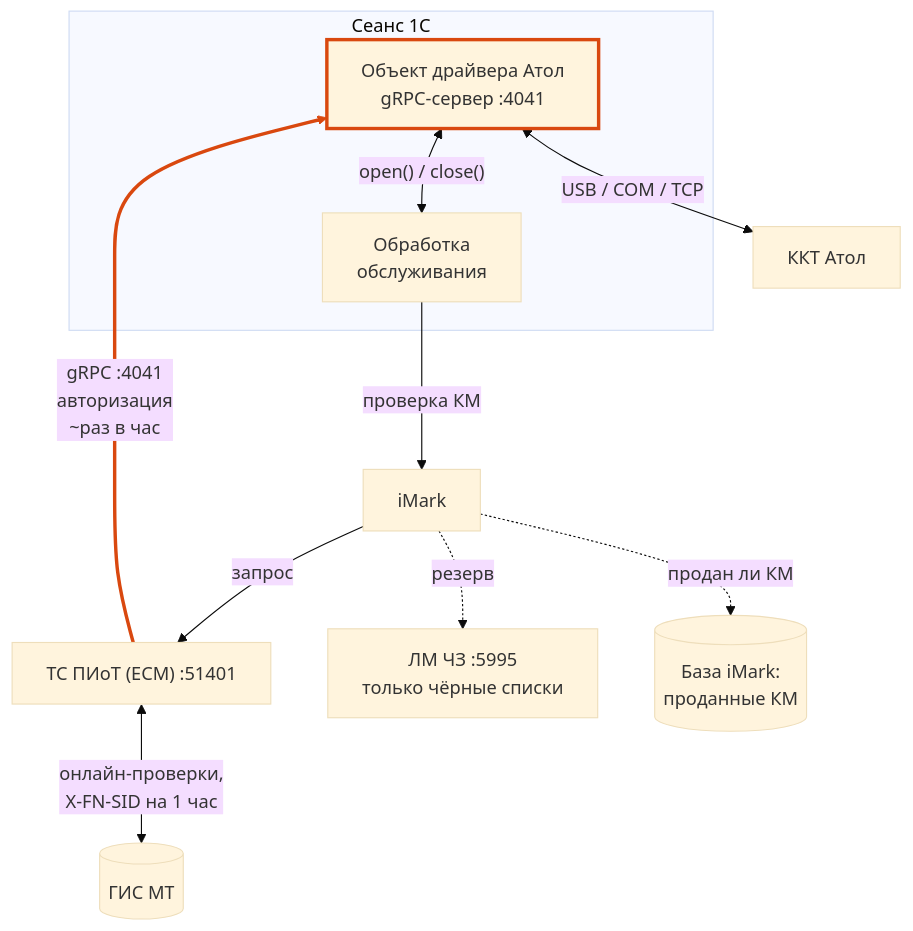
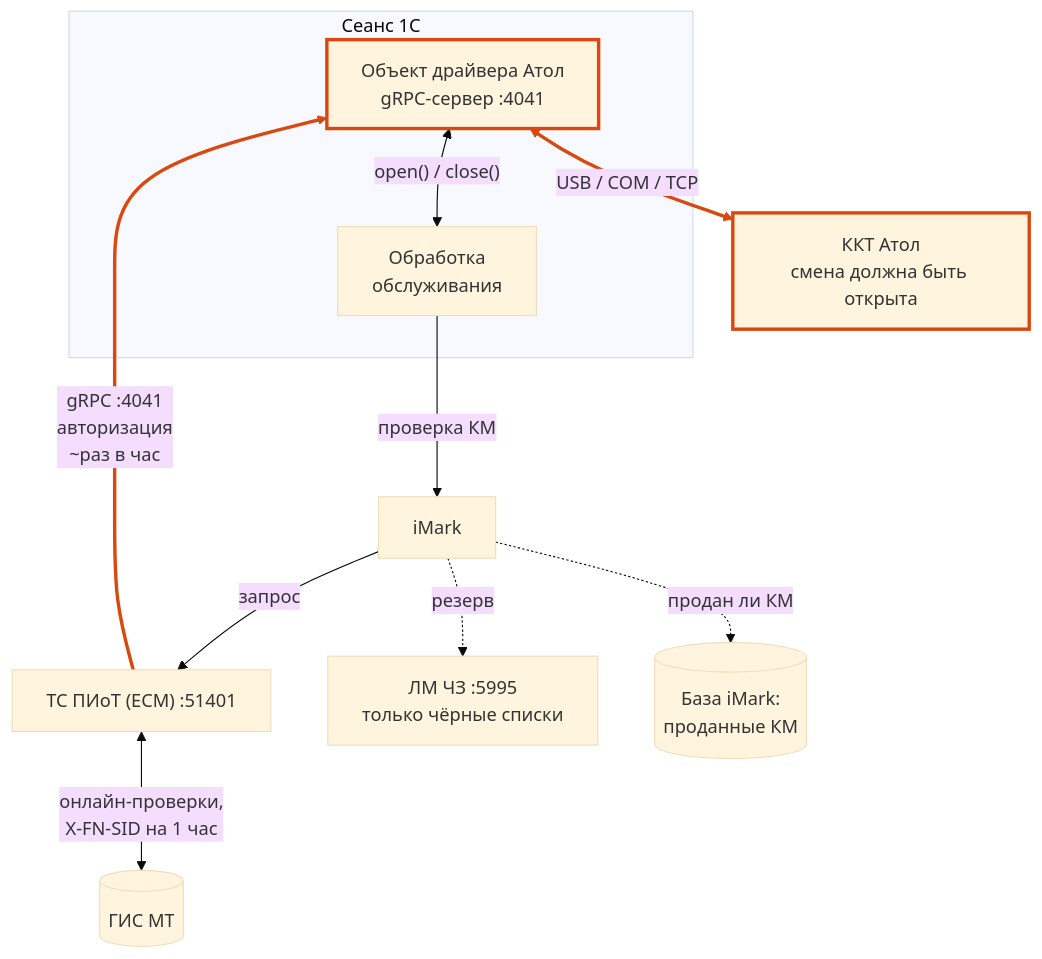
Before and after one commit to AlexKrutikov/epf54fz-docs: the diagram in docs/instructions/piot.md, drawn with Mermaid (base theme). The commit also changed other lines of this file and 1 other file, not shown here.

First line of the commit message:
docs(piot): открытая смена в ККТ - второе обязательное условие канала ТС ПИоТ

````diff
--- a/docs/instructions/piot.md
+++ b/docs/instructions/piot.md
@@ -230,24 +236,24 @@
 ```mermaid
 flowchart TB
   subgraph S1C["Сеанс 1С"]
     DRV["Объект драйвера Атол<br/>gRPC-сервер :4041"]
     EPF["Обработка<br/>обслуживания"]
   end
-  KKT["ККТ Атол"]
+  KKT["ККТ Атол<br/>смена должна быть открыта"]
   IM["iMark"]
   ESM["ТС ПИоТ (ЕСМ) :51401"]
   GIS[("ГИС МТ")]
   LM["ЛМ ЧЗ :5995<br/>только чёрные списки"]
   IMDB[("База iMark:<br/>проданные КМ")]
   DRV <-->|"open() / close()"| EPF
   DRV <-->|"USB / COM / TCP"| KKT
   EPF -->|"проверка КМ"| IM
   IM -->|"запрос"| ESM
   ESM <-->|"онлайн-проверки,<br/>X-FN-SID на 1 час"| GIS
   IM -.->|"резерв"| LM
   ESM ==>|"gRPC :4041<br/>авторизация<br/>~раз в час"| DRV
   IM -.->|"продан ли КМ"| IMDB
   classDef weak stroke:#d9480f,stroke-width:3px
-  class DRV weak
-  linkStyle 6 stroke:#d9480f,stroke-width:3px
+  class DRV,KKT weak
+  linkStyle 1,6 stroke:#d9480f,stroke-width:3px
 ```
````
